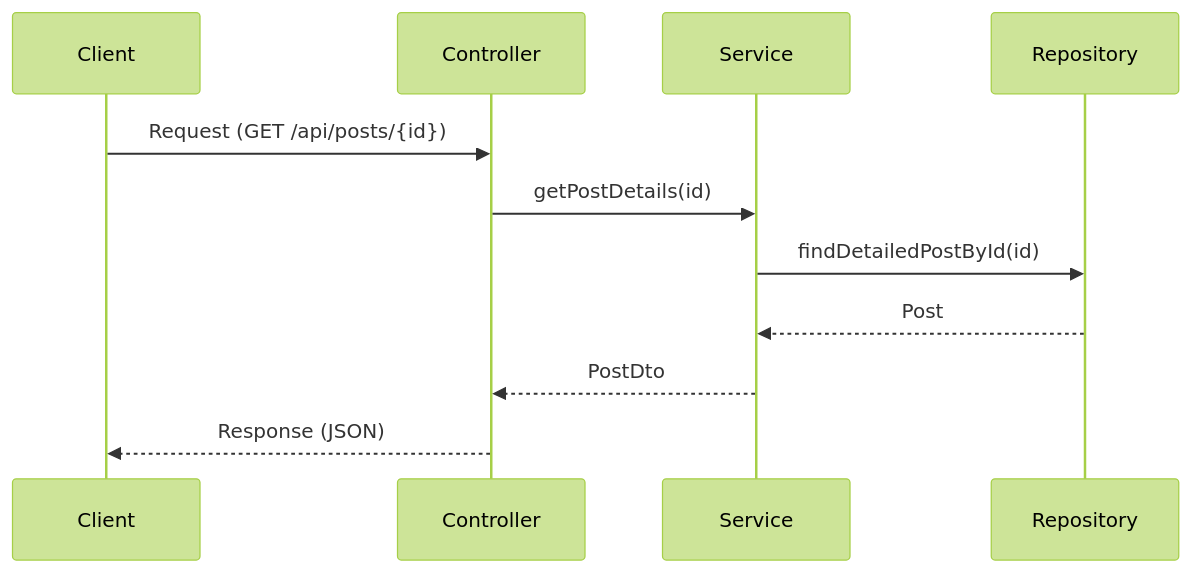
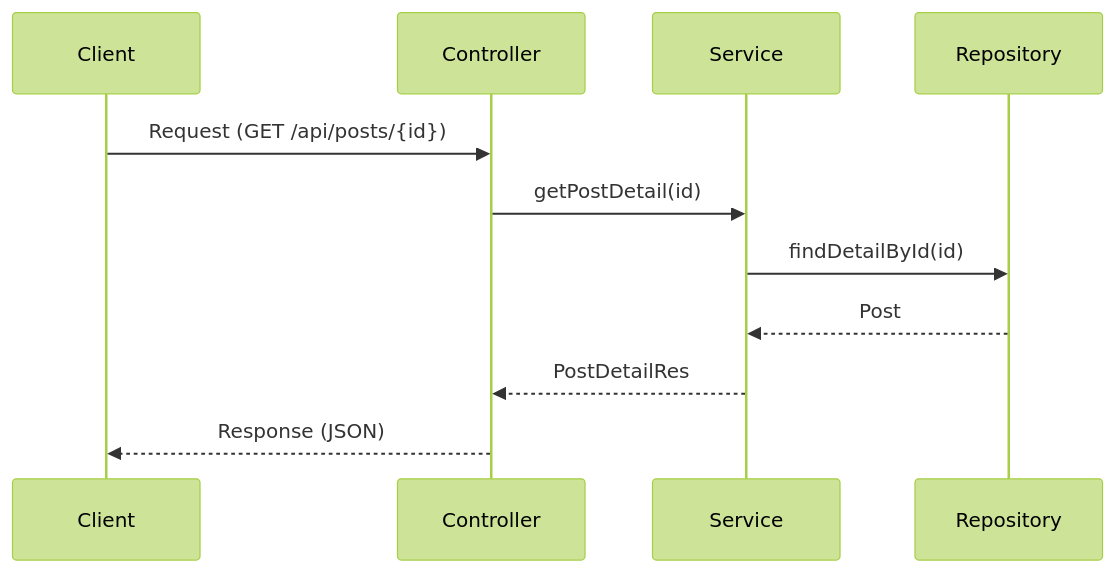
Before and after one commit to 2024-TEAM-05/integrated-feed-backend: the fourth of 11 diagrams in README.md, drawn with Mermaid (forest theme).

Commit message:
docs: 게시물 상세 시퀀스 다이어그램 수정

````diff
--- a/README.md
+++ b/README.md
@@ -187,14 +187,14 @@
 ```mermaid
 sequenceDiagram
     participant C as Client
     participant Co as Controller
     participant S as Service
     participant R as Repository
     
     C->>Co: Request (GET /api/posts/{id})
-    Co->>S: getPostDetails(id)
-    S->>R: findDetailedPostById(id)
+    Co->>S: getPostDetail(id)
+    S->>R: findDetailById(id)
     R-->>S: Post
-    S-->>Co: PostDto
+    S-->>Co: PostDetailRes
     Co-->>C: Response (JSON)
 ```
````
